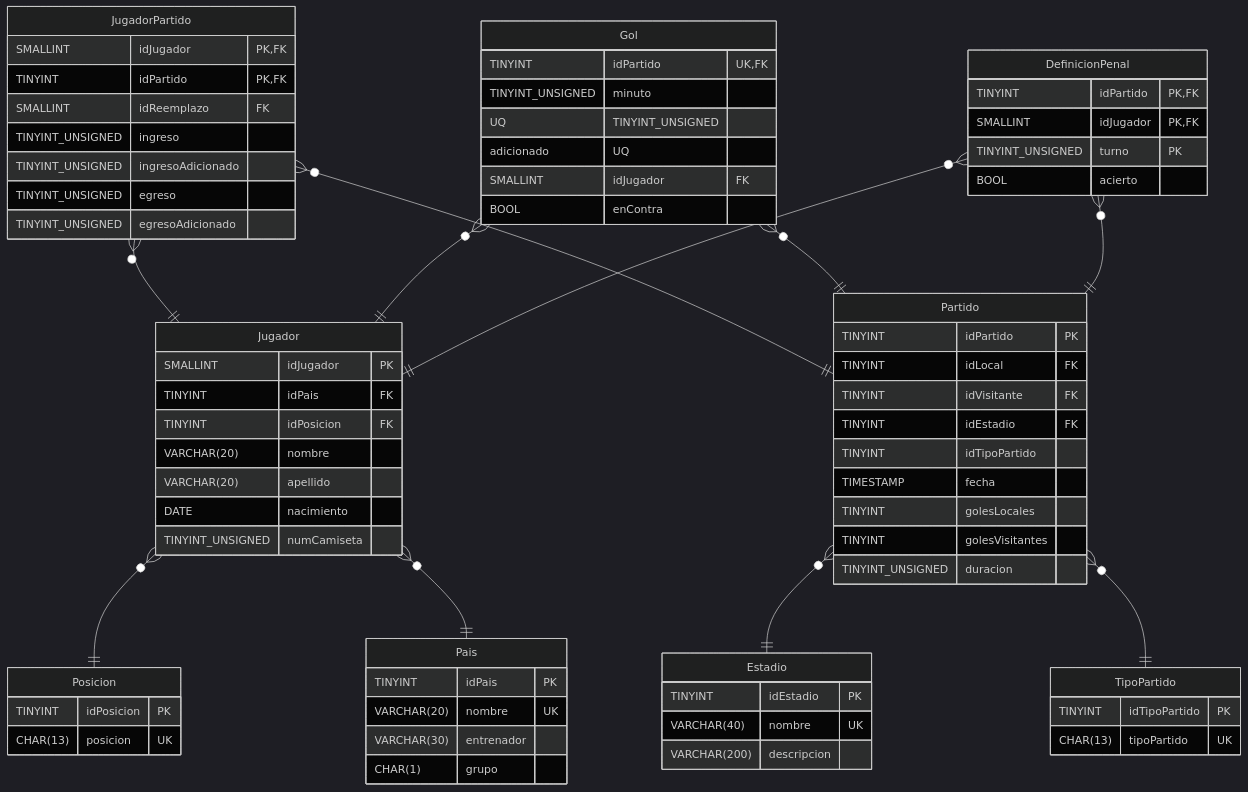
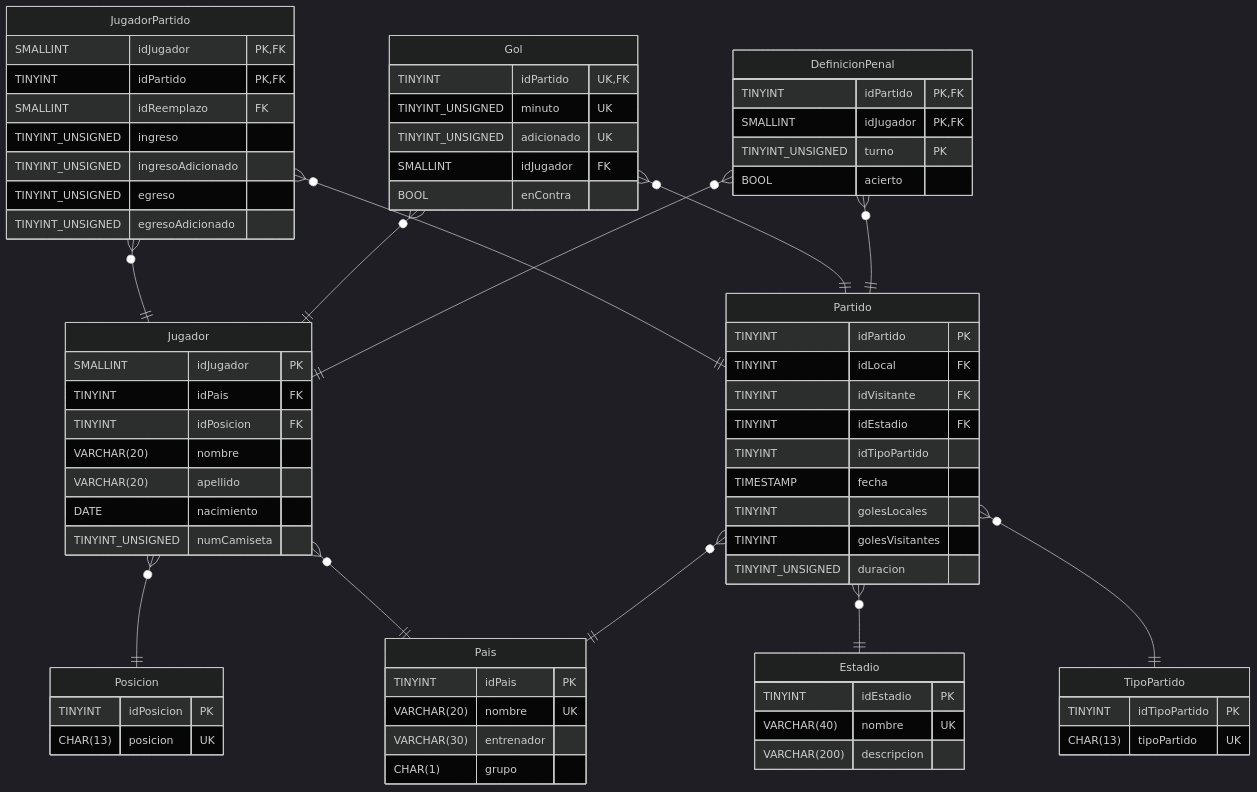
Before and after one commit to PasandiLuka/BD-Mundial22: the diagram in README.md, drawn with Mermaid (dark theme). The commit also changed other lines of this file and 4 other files, not shown here.

````diff
--- a/README.md
+++ b/README.md
@@ -11,77 +11,78 @@
 ```mermaid
 erDiagram
     Pais{   
         TINYINT idPais PK
         VARCHAR(20) nombre UK
         VARCHAR(30) entrenador
         CHAR(1) grupo
     }
     Estadio{
         TINYINT idEstadio PK
         VARCHAR(40) nombre UK
         VARCHAR(200) descripcion
     }
     TipoPartido{
         TINYINT idTipoPartido PK
         CHAR(13) tipoPartido UK
     }
     Partido{
         TINYINT idPartido PK
         TINYINT idLocal FK
         TINYINT idVisitante FK
         TINYINT idEstadio FK
         TINYINT idTipoPartido
         TIMESTAMP fecha
         TINYINT golesLocales
         TINYINT golesVisitantes
         TINYINT_UNSIGNED duracion
     }
     Posicion{
         TINYINT idPosicion PK
         CHAR(13) posicion UK
     }
     Jugador{
         SMALLINT idJugador PK
         TINYINT idPais FK
         TINYINT idPosicion FK
         VARCHAR(20) nombre
         VARCHAR(20) apellido
         DATE nacimiento 
         TINYINT_UNSIGNED numCamiseta
     }
     JugadorPartido{
         SMALLINT idJugador PK, FK
         TINYINT idPartido PK, FK
         SMALLINT idReemplazo FK
         TINYINT_UNSIGNED ingreso
         TINYINT_UNSIGNED ingresoAdicionado
         TINYINT_UNSIGNED egreso
         TINYINT_UNSIGNED egresoAdicionado
     }
     Gol{
         TINYINT idPartido UK, FK
-        TINYINT_UNSIGNED minuto UQ
-        TINYINT_UNSIGNED adicionado UQ
+        TINYINT_UNSIGNED minuto UK
+        TINYINT_UNSIGNED adicionado UK
         SMALLINT idJugador FK
         BOOL enContra
     }
     DefinicionPenal{
         TINYINT idPartido PK, FK
         SMALLINT idJugador PK, FK
         TINYINT_UNSIGNED turno PK
         BOOL acierto
     }
 
     Jugador }o--|| Posicion :""
     Jugador }o--|| Pais :""
     Partido }o--|| Estadio :""
     Partido }o--|| TipoPartido :""
+    Partido }o--|| Pais :""
     JugadorPartido }o--|| Jugador :""
     JugadorPartido }o--|| Partido :""
     Gol }o--|| Jugador :""
     Gol }o--|| Partido :""
     DefinicionPenal }o--|| Jugador :""
     DefinicionPenal }o--|| Partido :""
 
 
 ```
````
